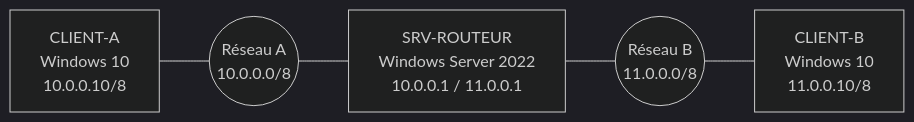
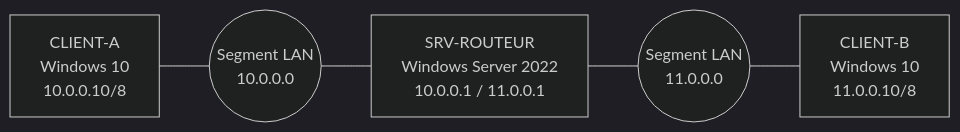
One commit to Walid924/walid924.github.io changed the first of 2 diagrams in docs/labs/routage-windows-server.md. Above: the diagram before and after it, drawn with Mermaid (dark theme). The commit also changed other lines of this file and 3 other files, not shown here.

Commit message:
Lab routage : captures et étapes en interface graphique

````diff
--- a/docs/labs/routage-windows-server.md
+++ b/docs/labs/routage-windows-server.md
@@ -31,7 +30,7 @@
 ```mermaid
 flowchart LR
-    A["CLIENT-A<br>Windows 10<br>10.0.0.10/8"] --- LA(("Réseau A<br>10.0.0.0/8"))
+    A["CLIENT-A<br>Windows 10<br>10.0.0.10/8"] --- LA(("Segment LAN<br>10.0.0.0"))
     LA --- R["SRV-ROUTEUR<br>Windows Server 2022<br>10.0.0.1 / 11.0.0.1"]
-    R --- LB(("Réseau B<br>11.0.0.0/8"))
+    R --- LB(("Segment LAN<br>11.0.0.0"))
     LB --- B["CLIENT-B<br>Windows 10<br>11.0.0.10/8"]
 ```
````
